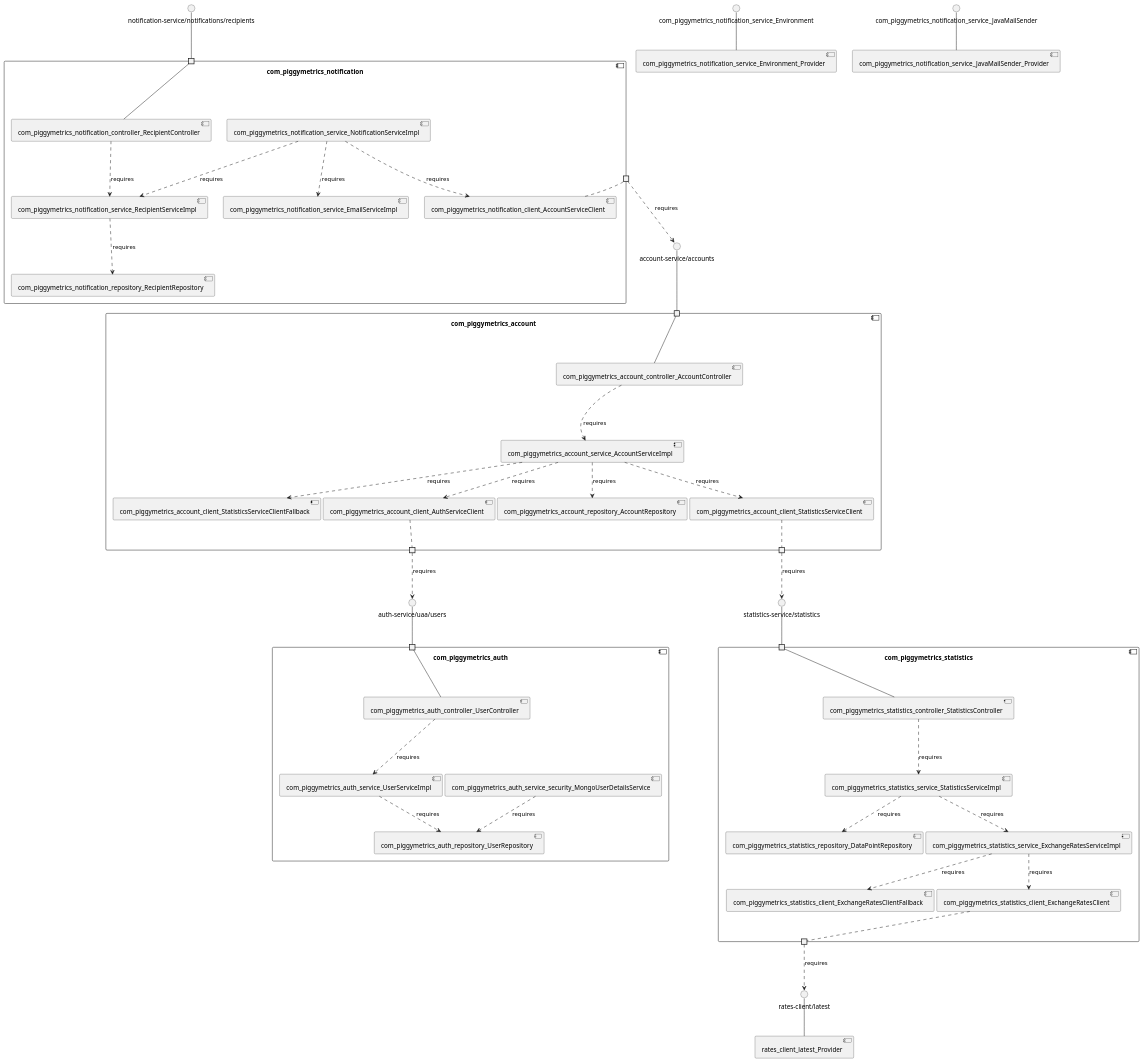
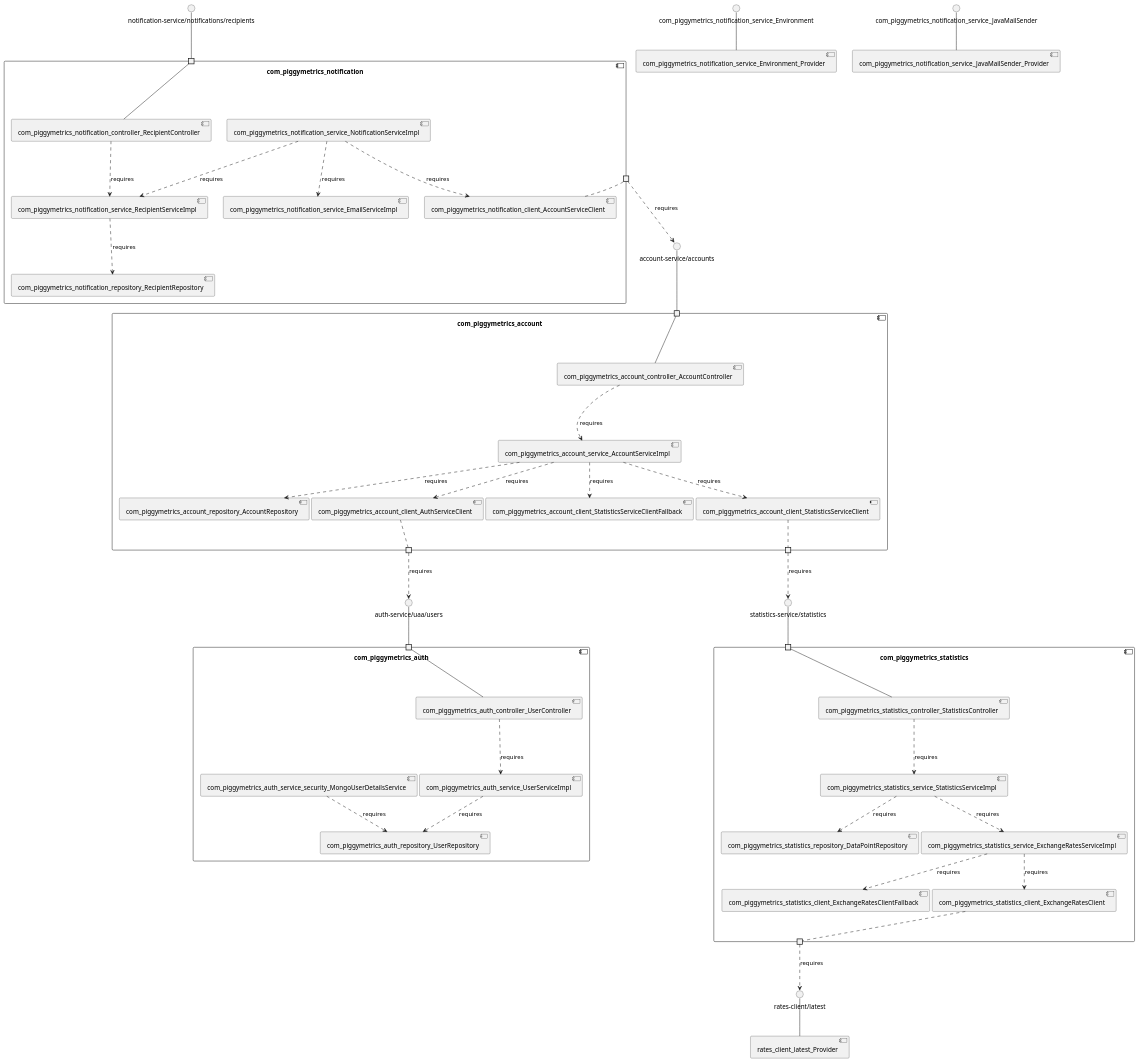
Before and after one commit to MSt-10/Palladio-ReverseEngineering-Benchmark: the diagram in sqshq-piggymetrics/model_re/uml/componentDiagram.puml, drawn with PlantUML. The commit also changed other lines of this file and 279 other files, not shown here.

```diff
--- a/sqshq-piggymetrics/model_re/uml/componentDiagram.puml
+++ b/sqshq-piggymetrics/model_re/uml/componentDiagram.puml
@@ -1,91 +1,91 @@
 @startuml
 skinparam fixCircleLabelOverlapping true
 skinparam componentStyle uml2
 component "com_piggymetrics_account\n\n\n\n\n\n" {
+[com_piggymetrics_account_controller_AccountController]
 [com_piggymetrics_account_client_StatisticsServiceClient]
 [com_piggymetrics_account_service_AccountServiceImpl]
+[com_piggymetrics_account_client_StatisticsServiceClientFallback]
+[com_piggymetrics_account_client_AuthServiceClient]
 [com_piggymetrics_account_repository_AccountRepository]
-[com_piggymetrics_account_client_AuthServiceClient]
-[com_piggymetrics_account_client_StatisticsServiceClientFallback]
-[com_piggymetrics_account_controller_AccountController]
 portin " " as com_piggymetrics_account_requires_account_service_accounts
 portout " " as com_piggymetrics_account_provides_auth_service_uaa_users
 portout " " as com_piggymetrics_account_provides_statistics_service_statistics
-[com_piggymetrics_account_service_AccountServiceImpl]..>[com_piggymetrics_account_repository_AccountRepository] : requires
-[com_piggymetrics_account_controller_AccountController]..>[com_piggymetrics_account_service_AccountServiceImpl] : requires
 [com_piggymetrics_account_service_AccountServiceImpl]..>[com_piggymetrics_account_client_StatisticsServiceClientFallback] : requires
 [com_piggymetrics_account_service_AccountServiceImpl]..>[com_piggymetrics_account_client_StatisticsServiceClient] : requires
 [com_piggymetrics_account_service_AccountServiceImpl]..>[com_piggymetrics_account_client_AuthServiceClient] : requires
+[com_piggymetrics_account_service_AccountServiceImpl]..>[com_piggymetrics_account_repository_AccountRepository] : requires
+[com_piggymetrics_account_controller_AccountController]..>[com_piggymetrics_account_service_AccountServiceImpl] : requires
 "com_piggymetrics_account_requires_account_service_accounts"--[com_piggymetrics_account_controller_AccountController]
+[com_piggymetrics_account_client_AuthServiceClient].."com_piggymetrics_account_provides_auth_service_uaa_users"
 [com_piggymetrics_account_client_StatisticsServiceClient].."com_piggymetrics_account_provides_statistics_service_statistics"
-[com_piggymetrics_account_client_AuthServiceClient].."com_piggymetrics_account_provides_auth_service_uaa_users"
 }
 interface "account-service/accounts" as interface.account_service_accounts
 interface.account_service_accounts--"com_piggymetrics_account_requires_account_service_accounts"
 interface "auth-service/uaa/users" as interface.auth_service_uaa_users
 "com_piggymetrics_account_provides_auth_service_uaa_users"..>interface.auth_service_uaa_users : requires
 interface "statistics-service/statistics" as interface.statistics_service_statistics
 "com_piggymetrics_account_provides_statistics_service_statistics"..>interface.statistics_service_statistics : requires
 component "com_piggymetrics_auth\n\n\n\n\n\n" {
+[com_piggymetrics_auth_repository_UserRepository]
+[com_piggymetrics_auth_service_security_MongoUserDetailsService]
 [com_piggymetrics_auth_service_UserServiceImpl]
 [com_piggymetrics_auth_controller_UserController]
-[com_piggymetrics_auth_repository_UserRepository]
-[com_piggymetrics_auth_service_security_MongoUserDetailsService]
 portin " " as com_piggymetrics_auth_requires_auth_service_uaa_users
+[com_piggymetrics_auth_service_UserServiceImpl]..>[com_piggymetrics_auth_repository_UserRepository] : requires
 [com_piggymetrics_auth_service_security_MongoUserDetailsService]..>[com_piggymetrics_auth_repository_UserRepository] : requires
 [com_piggymetrics_auth_controller_UserController]..>[com_piggymetrics_auth_service_UserServiceImpl] : requires
-[com_piggymetrics_auth_service_UserServiceImpl]..>[com_piggymetrics_auth_repository_UserRepository] : requires
 "com_piggymetrics_auth_requires_auth_service_uaa_users"--[com_piggymetrics_auth_controller_UserController]
 }
 interface "auth-service/uaa/users" as interface.auth_service_uaa_users
 interface.auth_service_uaa_users--"com_piggymetrics_auth_requires_auth_service_uaa_users"
 component "com_piggymetrics_notification\n\n\n\n\n\n" {
-[com_piggymetrics_notification_client_AccountServiceClient]
-[com_piggymetrics_notification_service_NotificationServiceImpl]
-[com_piggymetrics_notification_controller_RecipientController]
 [com_piggymetrics_notification_service_EmailServiceImpl]
 [com_piggymetrics_notification_repository_RecipientRepository]
+[com_piggymetrics_notification_controller_RecipientController]
+[com_piggymetrics_notification_service_NotificationServiceImpl]
+[com_piggymetrics_notification_client_AccountServiceClient]
 [com_piggymetrics_notification_service_RecipientServiceImpl]
 portin " " as com_piggymetrics_notification_requires_notification_service_notifications_recipients
 portout " " as com_piggymetrics_notification_provides_account_service_accounts
+[com_piggymetrics_notification_service_NotificationServiceImpl]..>[com_piggymetrics_notification_service_EmailServiceImpl] : requires
+[com_piggymetrics_notification_service_NotificationServiceImpl]..>[com_piggymetrics_notification_client_AccountServiceClient] : requires
+[com_piggymetrics_notification_service_NotificationServiceImpl]..>[com_piggymetrics_notification_service_RecipientServiceImpl] : requires
+[com_piggymetrics_notification_controller_RecipientController]..>[com_piggymetrics_notification_service_RecipientServiceImpl] : requires
 [com_piggymetrics_notification_service_RecipientServiceImpl]..>[com_piggymetrics_notification_repository_RecipientRepository] : requires
-[com_piggymetrics_notification_controller_RecipientController]..>[com_piggymetrics_notification_service_RecipientServiceImpl] : requires
-[com_piggymetrics_notification_service_NotificationServiceImpl]..>[com_piggymetrics_notification_service_EmailServiceImpl] : requires
-[com_piggymetrics_notification_service_NotificationServiceImpl]..>[com_piggymetrics_notification_service_RecipientServiceImpl] : requires
-[com_piggymetrics_notification_service_NotificationServiceImpl]..>[com_piggymetrics_notification_client_AccountServiceClient] : requires
 "com_piggymetrics_notification_requires_notification_service_notifications_recipients"--[com_piggymetrics_notification_controller_RecipientController]
 [com_piggymetrics_notification_client_AccountServiceClient].."com_piggymetrics_notification_provides_account_service_accounts"
 }
 interface "notification-service/notifications/recipients" as interface.notification_service_notifications_recipients
 interface.notification_service_notifications_recipients--"com_piggymetrics_notification_requires_notification_service_notifications_recipients"
 interface "account-service/accounts" as interface.account_service_accounts
 "com_piggymetrics_notification_provides_account_service_accounts"..>interface.account_service_accounts : requires
 component "com_piggymetrics_statistics\n\n\n\n\n\n" {
+[com_piggymetrics_statistics_service_ExchangeRatesServiceImpl]
+[com_piggymetrics_statistics_service_StatisticsServiceImpl]
+[com_piggymetrics_statistics_controller_StatisticsController]
+[com_piggymetrics_statistics_repository_DataPointRepository]
 [com_piggymetrics_statistics_client_ExchangeRatesClient]
-[com_piggymetrics_statistics_service_ExchangeRatesServiceImpl]
 [com_piggymetrics_statistics_client_ExchangeRatesClientFallback]
-[com_piggymetrics_statistics_service_StatisticsServiceImpl]
-[com_piggymetrics_statistics_repository_DataPointRepository]
-[com_piggymetrics_statistics_controller_StatisticsController]
 portin " " as com_piggymetrics_statistics_requires_statistics_service_statistics
 portout " " as com_piggymetrics_statistics_provides_rates_client_latest
 [com_piggymetrics_statistics_controller_StatisticsController]..>[com_piggymetrics_statistics_service_StatisticsServiceImpl] : requires
-[com_piggymetrics_statistics_service_StatisticsServiceImpl]..>[com_piggymetrics_statistics_repository_DataPointRepository] : requires
+[com_piggymetrics_statistics_service_ExchangeRatesServiceImpl]..>[com_piggymetrics_statistics_client_ExchangeRatesClient] : requires
 [com_piggymetrics_statistics_service_ExchangeRatesServiceImpl]..>[com_piggymetrics_statistics_client_ExchangeRatesClientFallback] : requires
 [com_piggymetrics_statistics_service_StatisticsServiceImpl]..>[com_piggymetrics_statistics_service_ExchangeRatesServiceImpl] : requires
-[com_piggymetrics_statistics_service_ExchangeRatesServiceImpl]..>[com_piggymetrics_statistics_client_ExchangeRatesClient] : requires
+[com_piggymetrics_statistics_service_StatisticsServiceImpl]..>[com_piggymetrics_statistics_repository_DataPointRepository] : requires
 "com_piggymetrics_statistics_requires_statistics_service_statistics"--[com_piggymetrics_statistics_controller_StatisticsController]
 [com_piggymetrics_statistics_client_ExchangeRatesClient].."com_piggymetrics_statistics_provides_rates_client_latest"
 }
 interface "statistics-service/statistics" as interface.statistics_service_statistics
 interface.statistics_service_statistics--"com_piggymetrics_statistics_requires_statistics_service_statistics"
 interface "rates-client/latest" as interface.rates_client_latest
 "com_piggymetrics_statistics_provides_rates_client_latest"..>interface.rates_client_latest : requires
 interface "com_piggymetrics_notification_service_Environment" as interface.com_piggymetrics_notification_service_Environment
 interface.com_piggymetrics_notification_service_Environment--[com_piggymetrics_notification_service_Environment_Provider]
 interface "com_piggymetrics_notification_service_JavaMailSender" as interface.com_piggymetrics_notification_service_JavaMailSender
 interface.com_piggymetrics_notification_service_JavaMailSender--[com_piggymetrics_notification_service_JavaMailSender_Provider]
 interface "rates-client/latest" as interface.rates_client_latest
 interface.rates_client_latest--[rates_client_latest_Provider]
 
 @enduml
```
